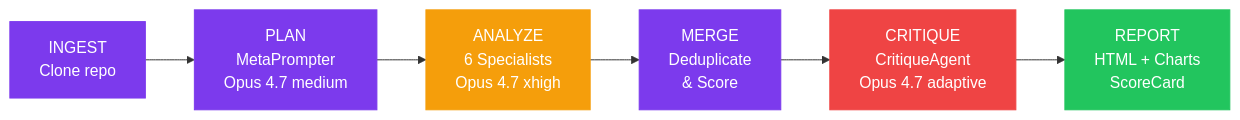
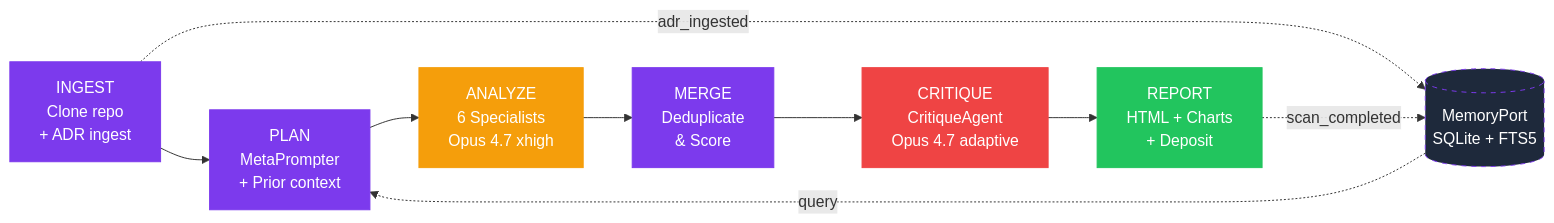
Before and after one commit to leocder07/spectra: the first of 4 diagrams in README.md, drawn with Mermaid. The commit also changed other lines of this file, not shown here.

First line of the commit message:
docs(readme): add Memory section + v0.9.1 verification on sindresorhus/p-limit (#92)

````diff
--- a/README.md
+++ b/README.md
@@ -149,15 +234,21 @@
 ```mermaid
 graph LR
-    A[INGEST<br/>Clone repo] --> B[PLAN<br/>MetaPrompter<br/>Opus 4.7 medium]
+    A[INGEST<br/>Clone repo<br/>+ ADR ingest] --> B[PLAN<br/>MetaPrompter<br/>+ Prior context]
     B --> C[ANALYZE<br/>6 Specialists<br/>Opus 4.7 xhigh]
     C --> D[MERGE<br/>Deduplicate<br/>& Score]
     D --> E[CRITIQUE<br/>CritiqueAgent<br/>Opus 4.7 adaptive]
-    E --> F[REPORT<br/>HTML + Charts<br/>ScoreCard]
+    E --> F[REPORT<br/>HTML + Charts<br/>+ Deposit]
+
+    MEM[(MemoryPort<br/>SQLite + FTS5)]
+    A -.->|adr_ingested| MEM
+    MEM -.->|query| B
+    F -.->|scan_completed| MEM
 
     style A fill:#7C3AED,stroke:#7C3AED,color:#fff
     style B fill:#7C3AED,stroke:#7C3AED,color:#fff
     style C fill:#F59E0B,stroke:#F59E0B,color:#fff
     style D fill:#7C3AED,stroke:#7C3AED,color:#fff
     style E fill:#EF4444,stroke:#EF4444,color:#fff
     style F fill:#22C55E,stroke:#22C55E,color:#fff
+    style MEM fill:#1e293b,stroke:#7C3AED,color:#fff,stroke-dasharray: 5 5
 ```
````
